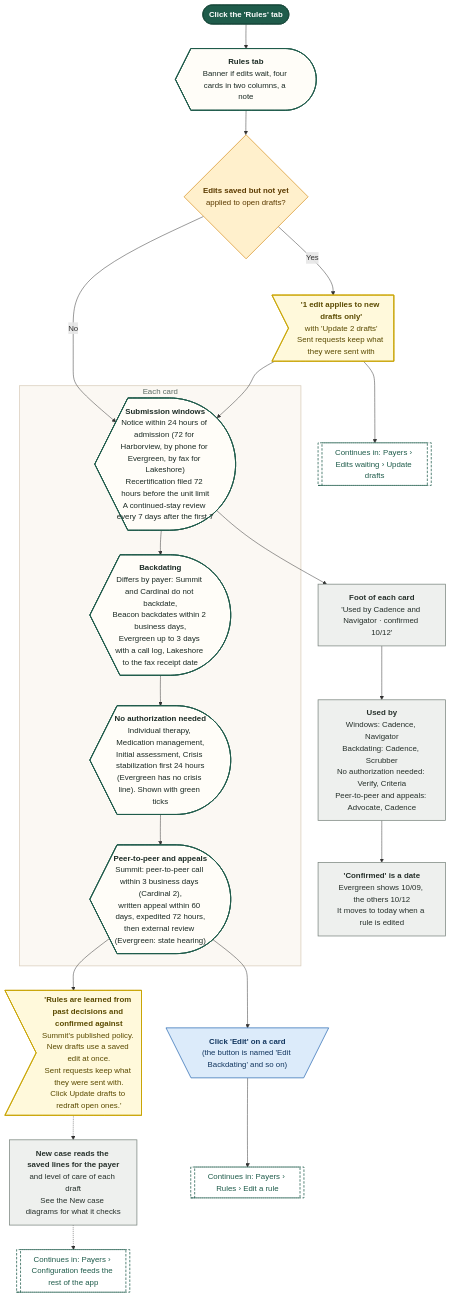
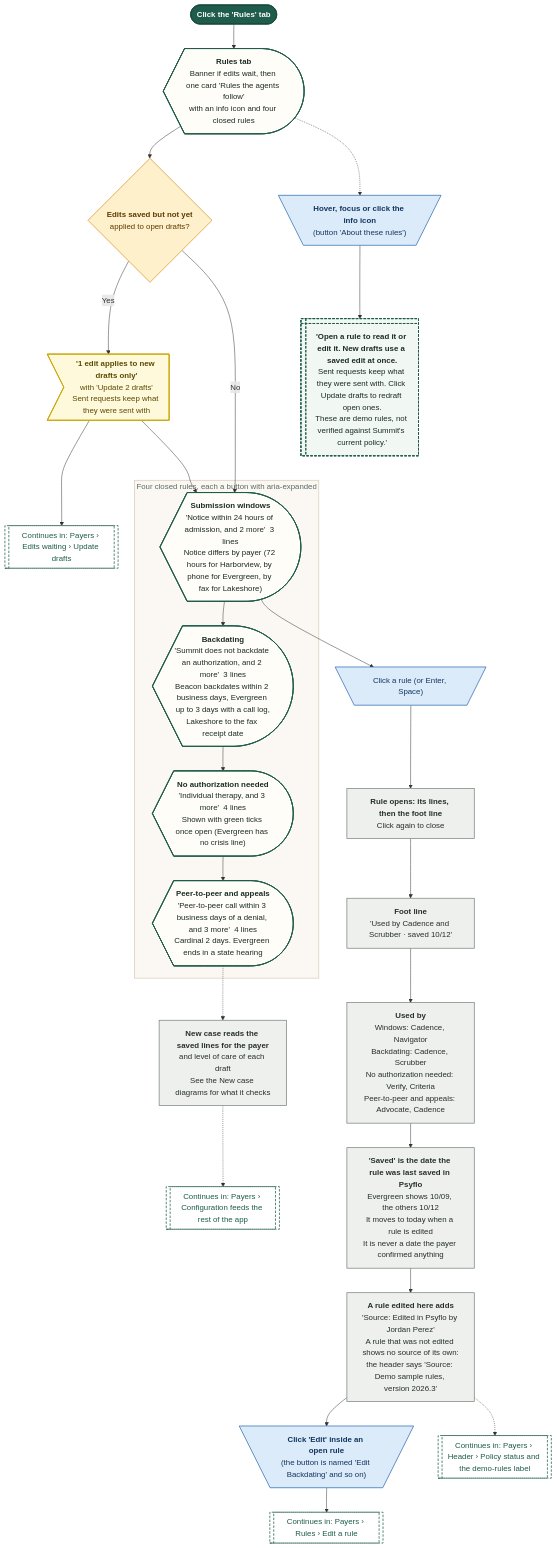
Before and after one commit to Shrav143/psyfloapp: diagram 15 of 26 in demos/prior-auth-demo/workflows/out/md/10-payers.md, drawn with Mermaid. The commit also changed other lines of this file and 192 other files, not shown here.

First line of the commit message:
docs: changelog by sidebar tab; README, diagrams and Settings layout aligned with the refinement; shared InfoTip; referral cost-share line

````diff
--- a/demos/prior-auth-demo/workflows/out/md/10-payers.md
+++ b/demos/prior-auth-demo/workflows/out/md/10-payers.md
@@ -1037,57 +1116,64 @@
 ```mermaid
 %%{init: {"theme":"base","themeVariables":{"fontFamily":"'DM Sans', 'Segoe UI', system-ui, sans-serif","fontSize":"15px","lineColor":"#5B6B63","primaryTextColor":"#1C2B25","clusterBkg":"#FBF8F3","clusterBorder":"#D9CDBB","edgeLabelBackground":"#FFFFFF"},"flowchart":{"curve":"basis","nodeSpacing":36,"rankSpacing":48,"padding":12,"htmlLabels":true,"useMaxWidth":false,"wrappingWidth":230}} }%%
 flowchart TD
   classDef k_start fill:#1F5C4B,stroke:#174638,color:#FFFFFF,stroke-width:1.5px,font-weight:600
   classDef k_end fill:#DDEFE3,stroke:#2E7D4F,color:#14502F,stroke-width:1.5px,font-weight:600
   classDef k_endx fill:#FBE3E0,stroke:#C0392B,color:#7A1F16,stroke-width:1.5px,font-weight:600
   classDef k_screen fill:#FFFDF8,stroke:#1F5C4B,color:#1C2B25,stroke-width:2px
   classDef k_overlay fill:#F1F7F3,stroke:#1F5C4B,color:#1C2B25,stroke-width:2px,stroke-dasharray:5 3
   classDef k_click fill:#DCEBFA,stroke:#2F6DB5,color:#12365F,stroke-width:1.5px
   classDef k_input fill:#E4E7FF,stroke:#4C5FD5,color:#1D2670,stroke-width:1.5px
   classDef k_process fill:#EEF0EE,stroke:#7A857F,color:#26302B,stroke-width:1.5px
   classDef k_agent fill:#EEE5FA,stroke:#7A4FC2,color:#341A63,stroke-width:1.5px
   classDef k_decision fill:#FFF0CC,stroke:#D9962B,color:#5C3B00,stroke-width:1.5px
   classDef k_store fill:#D5F0EA,stroke:#1C8E7B,color:#0B4A3F,stroke-width:1.5px
   classDef k_doc fill:#F6E9DC,stroke:#B07A4C,color:#4A2E14,stroke-width:1.5px
   classDef k_ext fill:#FFE6D2,stroke:#E07B39,color:#6B2F06,stroke-width:1.5px
   classDef k_wait fill:#E4E8EE,stroke:#6B7C93,color:#26303D,stroke-width:1.5px
   classDef k_toast fill:#FFF9DB,stroke:#C9A400,color:#5A4A00,stroke-width:1.5px
   classDef k_goto fill:#FFFFFF,stroke:#1F5C4B,color:#1F5C4B,stroke-width:1.5px,stroke-dasharray:5 3
   s1@{ shape: stadium, label: "Click the 'Rules' tab" }
-  tab@{ shape: curv-trap, label: "<b>Rules tab</b><br/>Banner if edits wait, four cards in two columns, a note" }
+  tab@{ shape: curv-trap, label: "<b>Rules tab</b><br/>Banner if edits wait, then one card 'Rules the agents follow'<br/>with an info icon and four closed rules" }
   dU@{ shape: diam, label: "<b>Edits saved but not yet</b><br/>applied to open drafts?" }
   bU@{ shape: odd, label: "<b>'1 edit applies to new drafts only'</b><br/>with 'Update 2 drafts'<br/>Sent requests keep what they were sent with" }
   gU@{ shape: subproc, label: "Continues in: Payers › Edits waiting › Update drafts" }
-  subgraph gC ["Each card"]
-  c1@{ shape: curv-trap, label: "<b>Submission windows</b><br/>Notice within 24 hours of admission (72 for Harborview, by phone for Evergreen, by fax for Lakeshore)<br/>Recertification filed 72 hours before the unit limit<br/>A continued-stay review every 7 days after the first 7" }
-  c2@{ shape: curv-trap, label: "<b>Backdating</b><br/>Differs by payer: Summit and Cardinal do not backdate,<br/>Beacon backdates within 2 business days,<br/>Evergreen up to 3 days with a call log, Lakeshore to the fax receipt date" }
-  c3@{ shape: curv-trap, label: "<b>No authorization needed</b><br/>Individual therapy, Medication management,<br/>Initial assessment, Crisis stabilization first 24 hours<br/>(Evergreen has no crisis line). Shown with green ticks" }
-  c4@{ shape: curv-trap, label: "<b>Peer-to-peer and appeals</b><br/>Summit: peer-to-peer call within 3 business days (Cardinal 2),<br/>written appeal within 60 days, expedited 72 hours,<br/>then external review (Evergreen: state hearing)" }
+  tip@{ shape: trap-t, label: "<b>Hover, focus or click the info icon</b><br/>(button 'About these rules')" }
+  tipt@{ shape: win-pane, label: "<b>'Open a rule to read it or edit it. New drafts use a saved edit at once.</b><br/>Sent requests keep what they were sent with. Click Update drafts to redraft open ones.<br/>These are demo rules, not verified against Summit's current policy.'" }
+  subgraph gC ["Four closed rules, each a button with aria-expanded"]
+  c1@{ shape: curv-trap, label: "<b>Submission windows</b><br/>'Notice within 24 hours of admission, and 2 more'  3 lines<br/>Notice differs by payer (72 hours for Harborview, by phone for Evergreen, by fax for Lakeshore)" }
+  c2@{ shape: curv-trap, label: "<b>Backdating</b><br/>'Summit does not backdate an authorization, and 2 more'  3 lines<br/>Beacon backdates within 2 business days, Evergreen up to 3 days with a call log,<br/>Lakeshore to the fax receipt date" }
+  c3@{ shape: curv-trap, label: "<b>No authorization needed</b><br/>'Individual therapy, and 3 more'  4 lines<br/>Shown with green ticks once open (Evergreen has no crisis line)" }
+  c4@{ shape: curv-trap, label: "<b>Peer-to-peer and appeals</b><br/>'Peer-to-peer call within 3 business days of a denial, and 3 more'  4 lines<br/>Cardinal 2 days. Evergreen ends in a state hearing" }
   end
-  ub@{ shape: rect, label: "<b>Foot of each card</b><br/>'Used by Cadence and Navigator · confirmed 10/12'" }
+  op@{ shape: trap-t, label: "Click a rule (or Enter, Space)" }
+  opn@{ shape: rect, label: "<b>Rule opens: its lines, then the foot line</b><br/>Click again to close" }
+  ub@{ shape: rect, label: "<b>Foot line</b><br/>'Used by Cadence and Scrubber · saved 10/12'" }
   who@{ shape: rect, label: "<b>Used by</b><br/>Windows: Cadence, Navigator<br/>Backdating: Cadence, Scrubber<br/>No authorization needed: Verify, Criteria<br/>Peer-to-peer and appeals: Advocate, Cadence" }
-  cf@{ shape: rect, label: "<b>'Confirmed' is a date</b><br/>Evergreen shows 10/09, the others 10/12<br/>It moves to today when a rule is edited" }
-  note@{ shape: odd, label: "<b>'Rules are learned from past decisions and confirmed against</b><br/>Summit's published policy. New drafts use a saved edit at once.<br/>Sent requests keep what they were sent with.<br/>Click Update drafts to redraft open ones.'" }
+  cf@{ shape: rect, label: "<b>'Saved' is the date the rule was last saved in Psyflo</b><br/>Evergreen shows 10/09, the others 10/12<br/>It moves to today when a rule is edited<br/>It is never a date the payer confirmed anything" }
+  src@{ shape: rect, label: "<b>A rule edited here adds</b><br/>'Source: Edited in Psyflo by Jordan Perez'<br/>A rule that was not edited shows no source of its own:<br/>the header says 'Source: Demo sample rules, version 2026.3'" }
   noeff@{ shape: rect, label: "<b>New case reads the saved lines for the payer</b><br/>and level of care of each draft<br/>See the New case diagrams for what it checks" }
-  ce@{ shape: trap-t, label: "<b>Click 'Edit' on a card</b><br/>(the button is named 'Edit Backdating' and so on)" }
+  ce@{ shape: trap-t, label: "<b>Click 'Edit' inside an open rule</b><br/>(the button is named 'Edit Backdating' and so on)" }
   gE@{ shape: subproc, label: "Continues in: Payers › Rules › Edit a rule" }
   gF@{ shape: subproc, label: "Continues in: Payers › Configuration feeds the rest of the app" }
+  gP@{ shape: subproc, label: "Continues in: Payers › Header › Policy status and the demo-rules label" }
   s1 --> tab --> dU
   dU -->|"Yes"| bU --> gU
   dU -->|"No"| c1
   bU --> c1
+  tab -.-> tip --> tipt
   c1 --> c2 --> c3 --> c4
-  c1 --> ub --> who --> cf
-  c4 --> note
-  c4 --> ce --> gE
-  note -.-> noeff
+  c1 --> op --> opn --> ub --> who --> cf --> src
+  src --> ce --> gE
+  c4 -.-> noeff
   noeff -.-> gF
+  src -.-> gP
   class s1 k_start
   class tab,c1,c2,c3,c4 k_screen
   class dU k_decision
-  class bU,note k_toast
-  class gU,gE,gF k_goto
-  class ub,who,cf,noeff k_process
-  class ce k_click
+  class bU k_toast
+  class gU,gE,gF,gP k_goto
+  class tip,op,ce k_click
+  class tipt k_overlay
+  class opn,ub,who,cf,src,noeff k_process
   style gC fill:#FBF8F3,stroke:#D9CDBB,stroke-width:1.5px,color:#5B6B63
 ```
````
